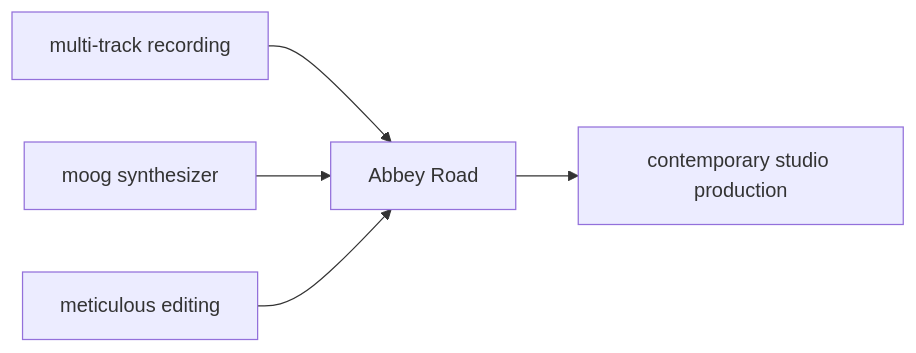
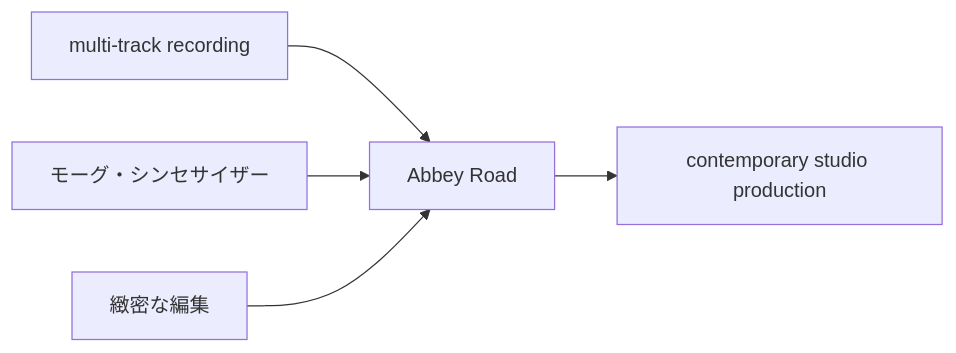
The fifth of 20 diagrams in en/_posts/2026-07-02-column-influential-album-05.md (monumental-movement/monumental-movement.github.io), drawn with Mermaid before and after one commit. The commit also changed other lines of this file and 2196 other files, not shown here.

```diff
--- a/en/_posts/2026-07-02-column-influential-album-05.md
+++ b/en/_posts/2026-07-02-column-influential-album-05.md
@@ -419,14 +419,14 @@
 <div class="mermaid">
 flowchart LR
 A[multi-track recording]
-B[moog synthesizer]
-C[meticulous editing]
+B[モーグ・シンセサイザー]
+C[緻密な編集]
 D[Abbey Road]
 E[contemporary studio production]
 
 A --> D
 B --> D
 C --> D
 D --> E
 
 </div>
```
